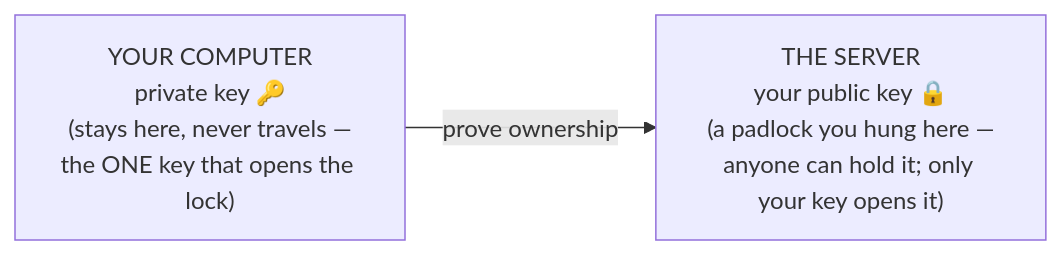
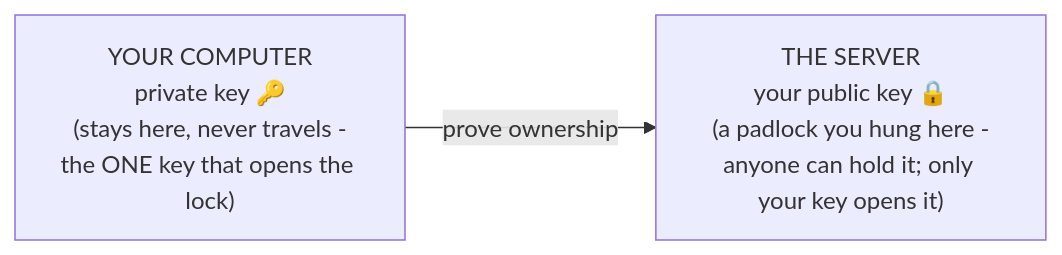
The diagram in guides/infrastructure/ssh-and-keys/02-key-pairs-demystified.md (Topurrra/themissingmanual), drawn with Mermaid before and after one commit. The commit also changed other lines of this file and 1072 other files, not shown here.

````diff
--- a/guides/infrastructure/ssh-and-keys/02-key-pairs-demystified.md
+++ b/guides/infrastructure/ssh-and-keys/02-key-pairs-demystified.md
@@ -33,6 +33,6 @@
 ```mermaid
 flowchart LR
-  PK["YOUR COMPUTER<br/>private key 🔑<br/>(stays here, never travels —<br/>the ONE key that opens the lock)"]
-  PUB["THE SERVER<br/>your public key 🔒<br/>(a padlock you hung here —<br/>anyone can hold it; only your key opens it)"]
+  PK["YOUR COMPUTER<br/>private key 🔑<br/>(stays here, never travels -<br/>the ONE key that opens the lock)"]
+  PUB["THE SERVER<br/>your public key 🔒<br/>(a padlock you hung here -<br/>anyone can hold it; only your key opens it)"]
   PK -- prove ownership --> PUB
 ```
````
